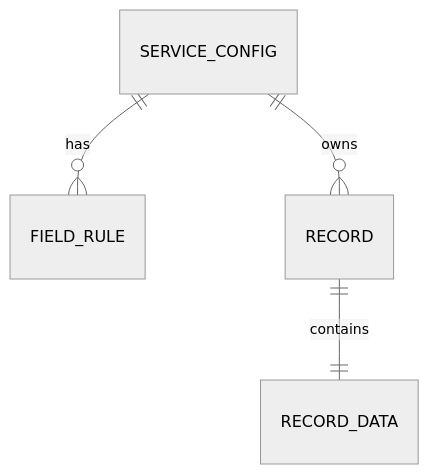
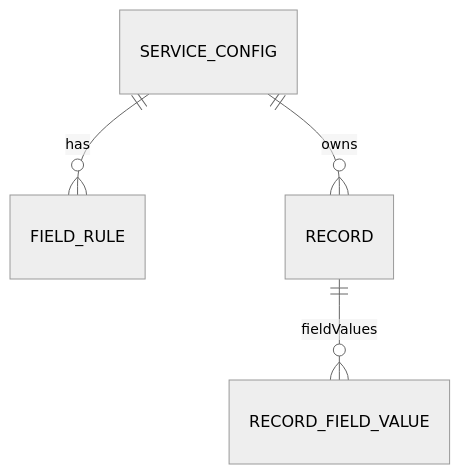
One commit to okathira-dev/kansu-infinite-scroll-archiver changed the second of 2 diagrams in docs/implementation_guide.md. Above: the diagram before and after it, drawn with Mermaid (neutral theme). The commit also changed other lines of this file and 12 other files, not shown here.

````diff
--- a/docs/implementation_guide.md
+++ b/docs/implementation_guide.md
@@ -209,6 +220,6 @@
 ```mermaid
 erDiagram
     SERVICE_CONFIG ||--o{ FIELD_RULE : has
     SERVICE_CONFIG ||--o{ RECORD : owns
-    RECORD ||--|| RECORD_DATA : contains
+    RECORD ||--o{ RECORD_FIELD_VALUE : "fieldValues"
 ```
````
